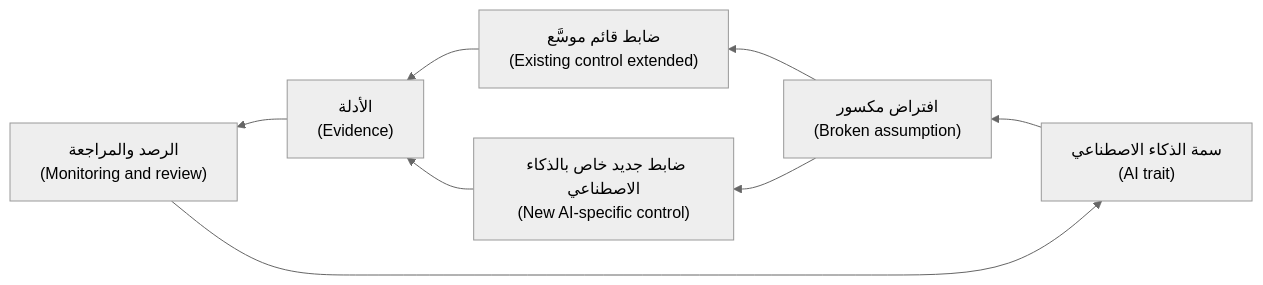
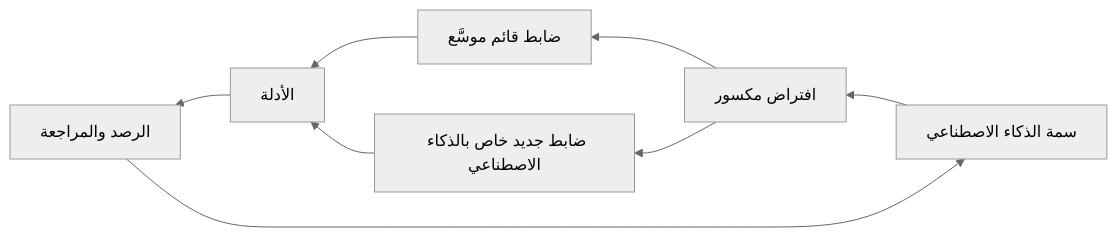
The second of 2 diagrams in aigp/modules/01-foundations.ar.md (Tamoura/system-design-for-vibe-coders), drawn with Mermaid (neutral theme) before and after one commit. The commit also changed other lines of this file and 551 other files, not shown here.

````diff
--- a/aigp/modules/01-foundations.ar.md
+++ b/aigp/modules/01-foundations.ar.md
@@ -536,10 +536,10 @@
 ```mermaid
 flowchart RL
-    A["سمة الذكاء الاصطناعي<br/>(AI trait)"] --> B["افتراض مكسور<br/>(Broken assumption)"]
-    B --> C["ضابط قائم موسَّع<br/>(Existing control extended)"]
-    B --> D["ضابط جديد خاص بالذكاء الاصطناعي<br/>(New AI-specific control)"]
-    C --> E["الأدلة<br/>(Evidence)"]
+    A["سمة الذكاء الاصطناعي"] --> B["افتراض مكسور"]
+    B --> C["ضابط قائم موسَّع"]
+    B --> D["ضابط جديد خاص بالذكاء الاصطناعي"]
+    C --> E["الأدلة"]
     D --> E
-    E --> F["الرصد والمراجعة<br/>(Monitoring and review)"]
+    E --> F["الرصد والمراجعة"]
     F --> A
 ```
````
